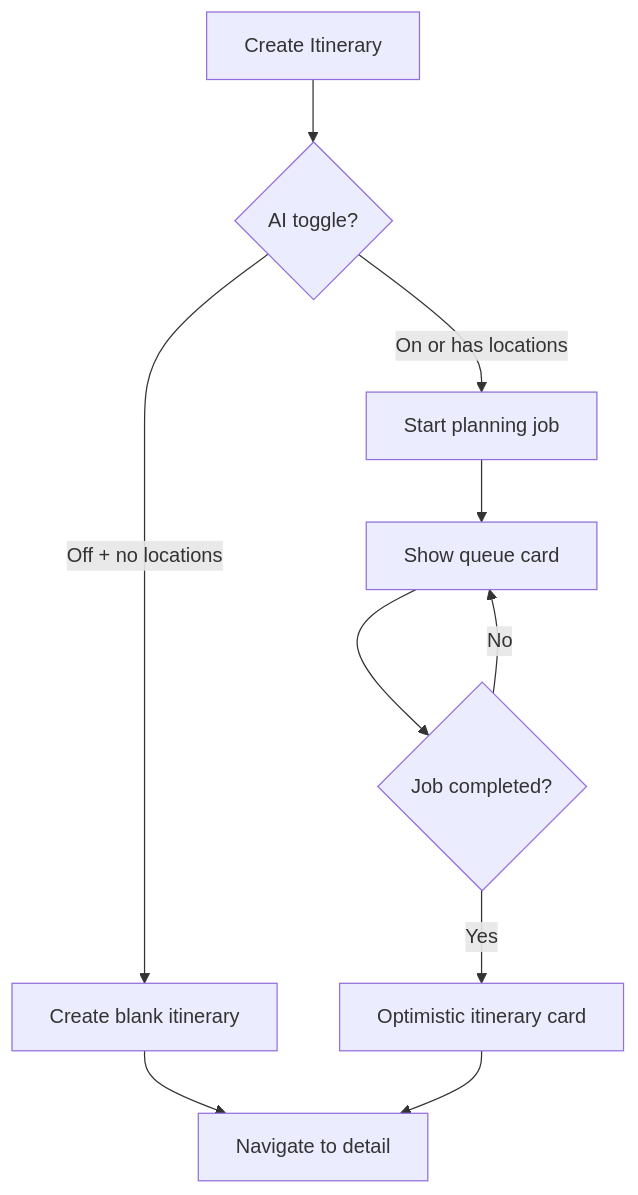
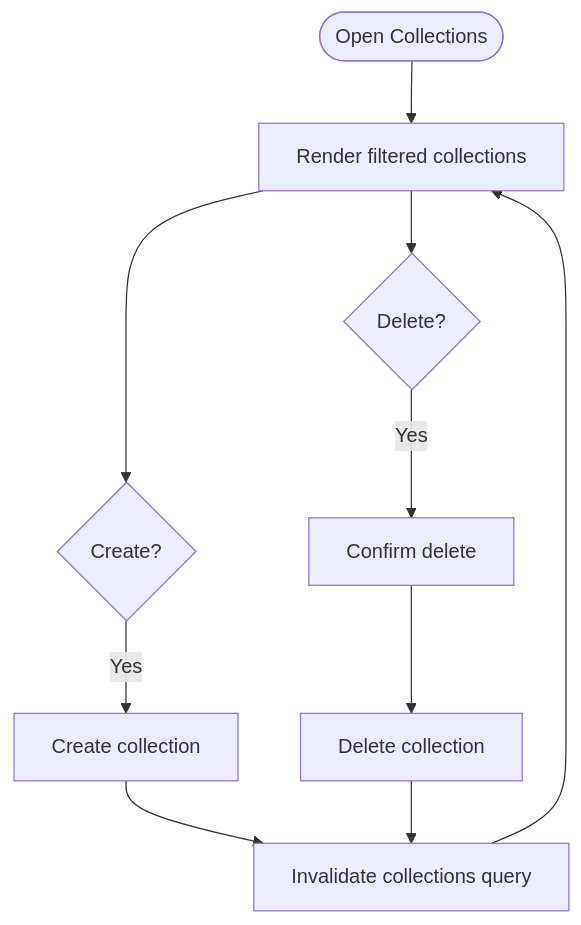
One commit to Meaetin/alibaba-hackathon changed the fifth of 10 diagrams in .qoder/repowiki/en/content/Core Features/Core Features.md. Above: the diagram before and after it, drawn with Mermaid. The commit also changed other lines of this file and 241 other files, not shown here.

````diff
--- a/.qoder/repowiki/en/content/Core Features/Core Features.md
+++ b/.qoder/repowiki/en/content/Core Features/Core Features.md
@@ -276,12 +187,12 @@
 ```mermaid
 flowchart TD
-A["Create Itinerary"] --> B{"AI toggle?"}
-B --> |Off + no locations| C["Create blank itinerary"]
-B --> |On or has locations| D["Start planning job"]
-C --> E["Navigate to detail"]
-D --> F["Show queue card"]
-F --> G{"Job completed?"}
-G --> |Yes| H["Optimistic itinerary card"]
-H --> E
-G --> |No| F
+Open(["Open Collections"]) --> List["Render filtered collections"]
+List --> Create{"Create?"}
+Create --> |Yes| Submit["Create collection"]
+Submit --> Refresh["Invalidate collections query"]
+Refresh --> List
+List --> Delete{"Delete?"}
+Delete --> |Yes| Confirm["Confirm delete"]
+Confirm --> Remove["Delete collection"]
+Remove --> Refresh
 ```
````
